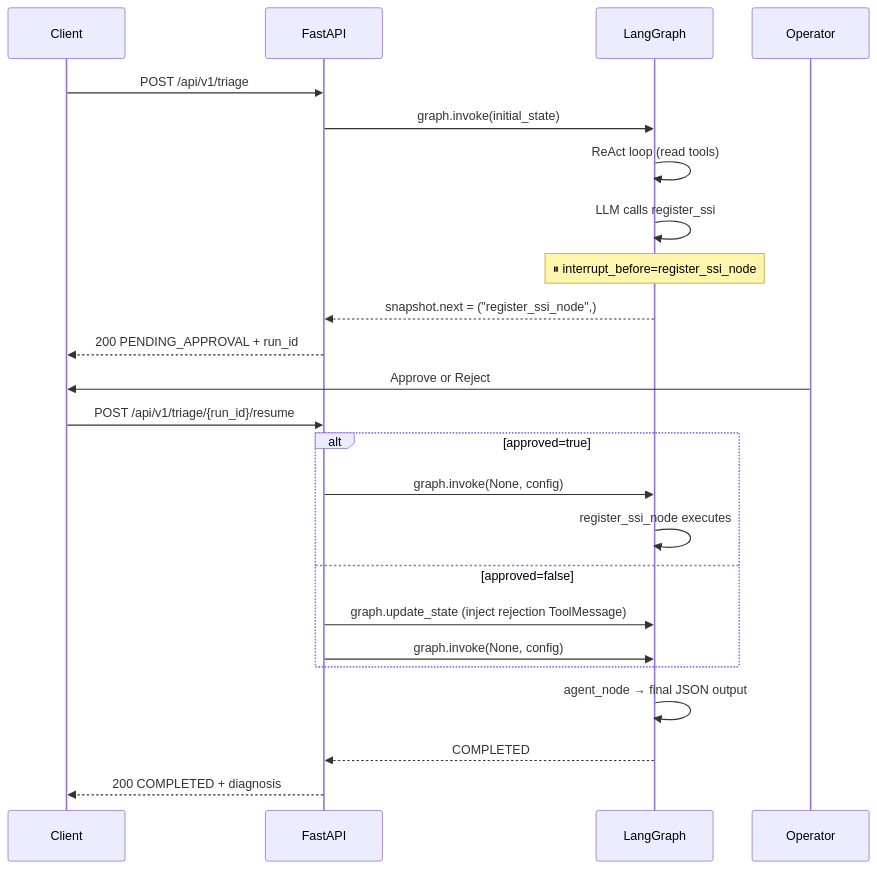
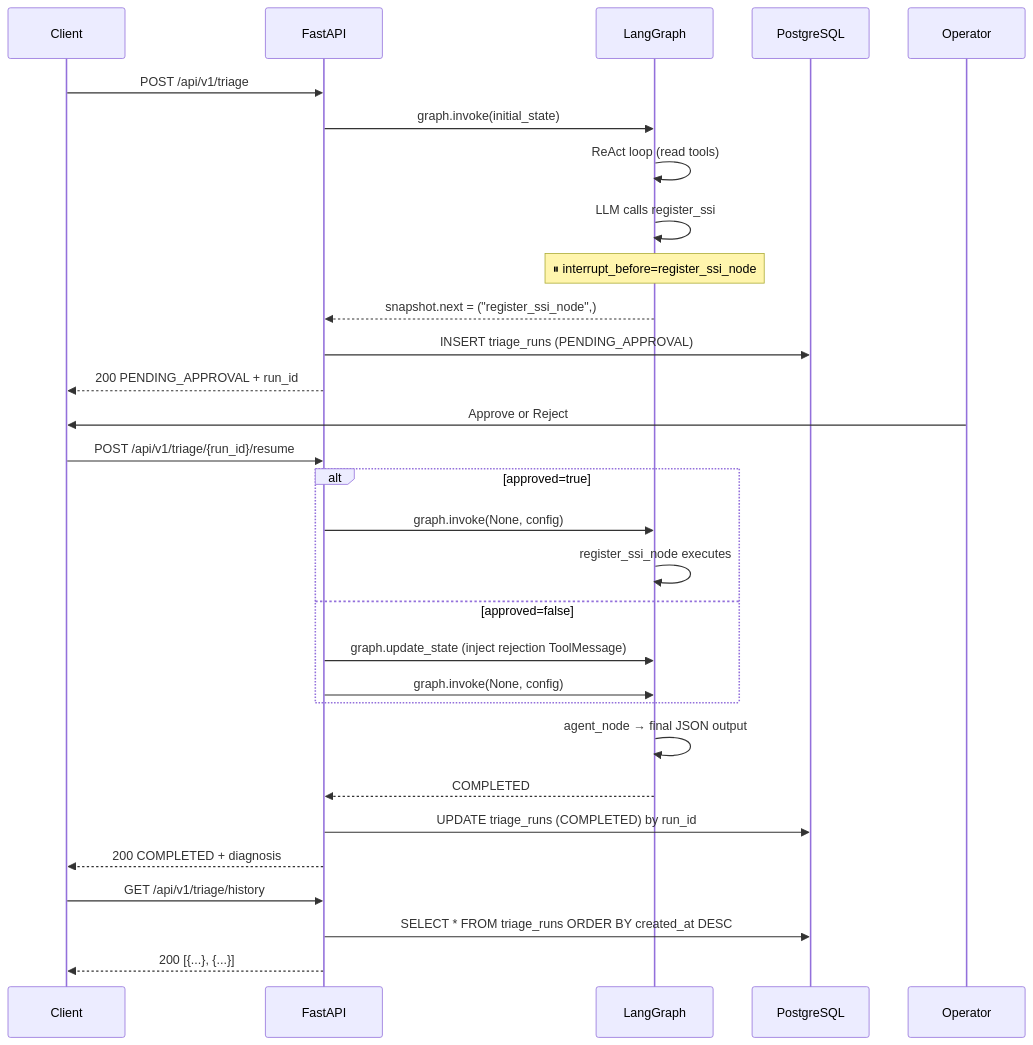
Before and after one commit to inash03/deep_agent_test: the second of 5 diagrams in docs/architecture.md, drawn with Mermaid. The commit also changed other lines of this file, not shown here.

First line of the commit message:
docs: update architecture.md for Phase 9 (DB + Alembic + Docker Compose)

````diff
--- a/docs/architecture.md
+++ b/docs/architecture.md
@@ -30,28 +30,35 @@
 ```mermaid
 sequenceDiagram
     participant Client
     participant FastAPI
     participant LangGraph
+    participant PostgreSQL
     participant Operator
 
     Client->>FastAPI: POST /api/v1/triage
     FastAPI->>LangGraph: graph.invoke(initial_state)
     LangGraph->>LangGraph: ReAct loop (read tools)
     LangGraph->>LangGraph: LLM calls register_ssi
     Note over LangGraph: ⏸ interrupt_before=register_ssi_node
     LangGraph-->>FastAPI: snapshot.next = ("register_ssi_node",)
+    FastAPI->>PostgreSQL: INSERT triage_runs (PENDING_APPROVAL)
     FastAPI-->>Client: 200 PENDING_APPROVAL + run_id
 
     Operator->>Client: Approve or Reject
     Client->>FastAPI: POST /api/v1/triage/{run_id}/resume
     alt approved=true
         FastAPI->>LangGraph: graph.invoke(None, config)
         LangGraph->>LangGraph: register_ssi_node executes
     else approved=false
         FastAPI->>LangGraph: graph.update_state (inject rejection ToolMessage)
         FastAPI->>LangGraph: graph.invoke(None, config)
     end
     LangGraph->>LangGraph: agent_node → final JSON output
     LangGraph-->>FastAPI: COMPLETED
+    FastAPI->>PostgreSQL: UPDATE triage_runs (COMPLETED) by run_id
     FastAPI-->>Client: 200 COMPLETED + diagnosis
+
+    Client->>FastAPI: GET /api/v1/triage/history
+    FastAPI->>PostgreSQL: SELECT * FROM triage_runs ORDER BY created_at DESC
+    FastAPI-->>Client: 200 [{...}, {...}]
 ```
````
